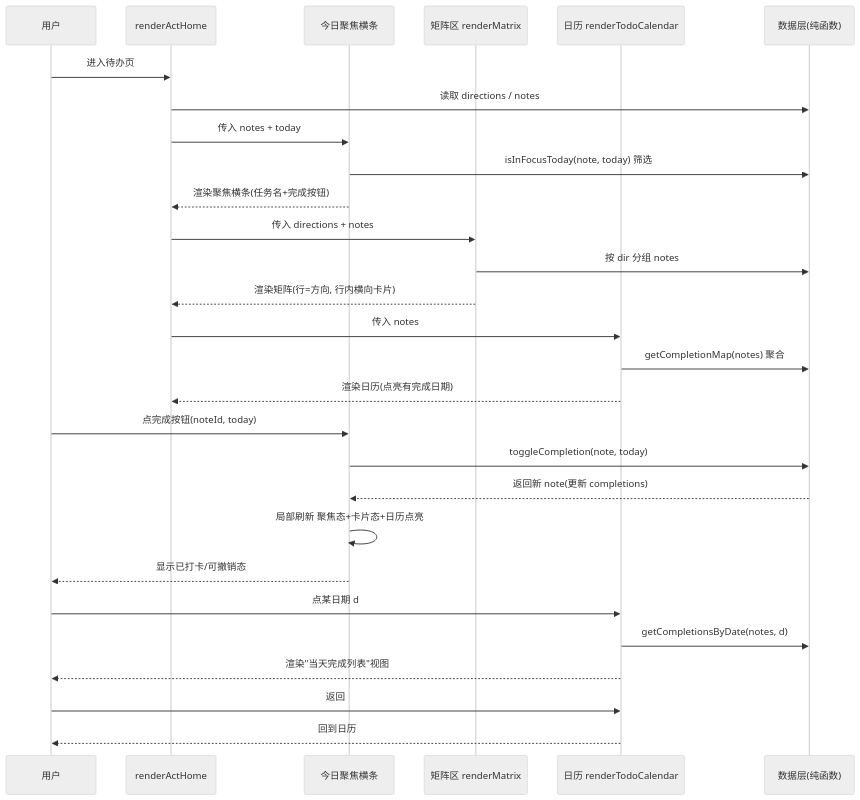
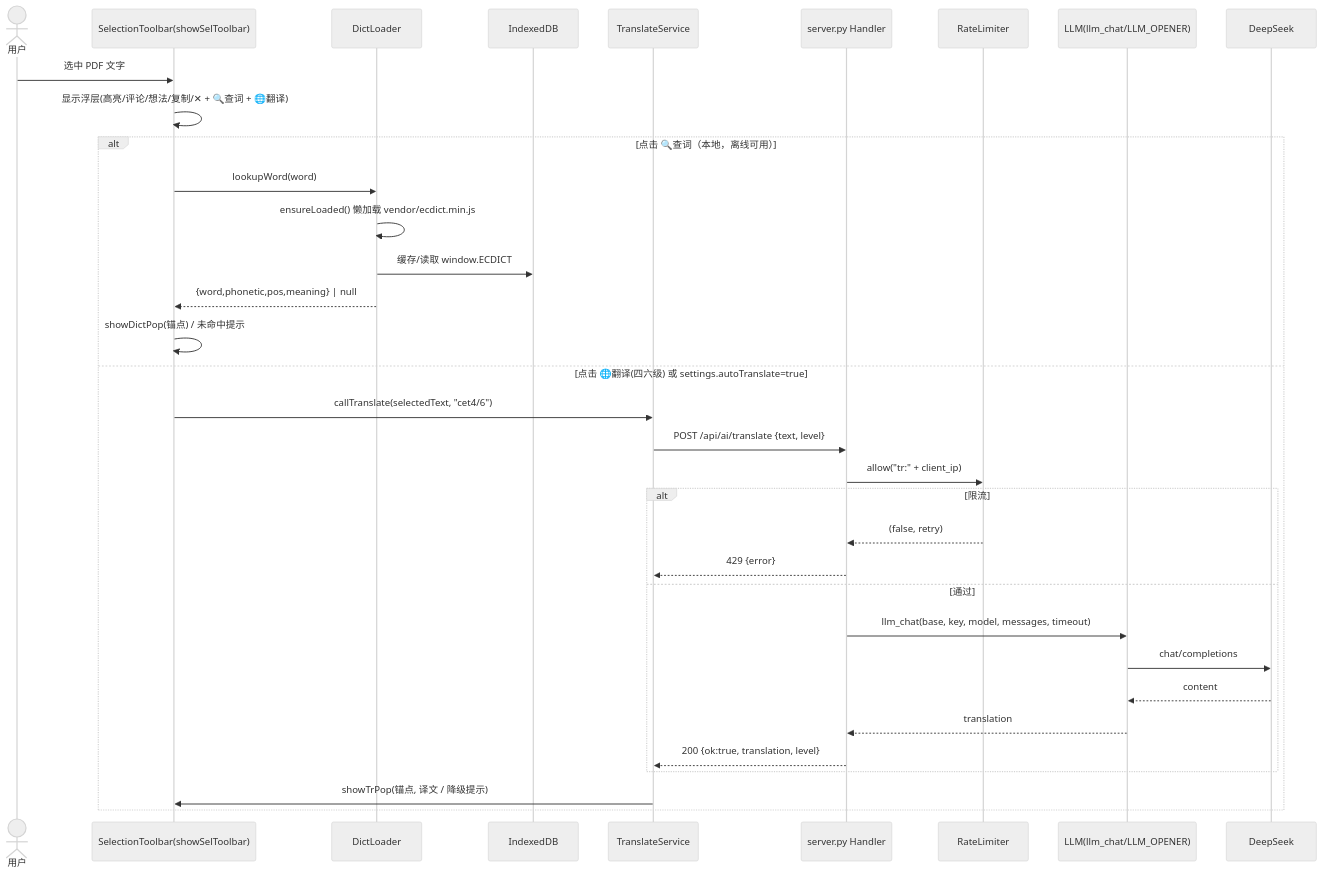
Before and after one commit to minihulu/workbench: the diagram in docs/sequence-diagram.mermaid, drawn with Mermaid (neutral theme). The commit also changed 9 other files, not shown here.

```diff
--- a/docs/sequence-diagram.mermaid
+++ b/docs/sequence-diagram.mermaid
@@ -1,31 +1,35 @@
 sequenceDiagram
-    participant U as 用户
-    participant H as renderActHome
-    participant F as 今日聚焦横条
-    participant M as 矩阵区 renderMatrix
-    participant C as 日历 renderTodoCalendar
-    participant S as 数据层(纯函数)
+    actor U as 用户
+    participant ST as SelectionToolbar(showSelToolbar)
+    participant DL as DictLoader
+    participant IDB as IndexedDB
+    participant TS as TranslateService
+    participant H as server.py Handler
+    participant RL as RateLimiter
+    participant LM as LLM(llm_chat/LLM_OPENER)
+    participant DS as DeepSeek
 
-    U->>H: 进入待办页
-    H->>S: 读取 directions / notes
-    H->>F: 传入 notes + today
-    F->>S: isInFocusToday(note, today) 筛选
-    F-->>H: 渲染聚焦横条(任务名+完成按钮)
-    H->>M: 传入 directions + notes
-    M->>S: 按 dir 分组 notes
-    M-->>H: 渲染矩阵(行=方向, 行内横向卡片)
-    H->>C: 传入 notes
-    C->>S: getCompletionMap(notes) 聚合
-    C-->>H: 渲染日历(点亮有完成日期)
-
-    U->>F: 点完成按钮(noteId, today)
-    F->>S: toggleCompletion(note, today)
-    S-->>F: 返回新 note(更新 completions)
-    F->>F: 局部刷新 聚焦态+卡片态+日历点亮
-    F-->>U: 显示已打卡/可撤销态
-
-    U->>C: 点某日期 d
-    C->>S: getCompletionsByDate(notes, d)
-    C-->>U: 渲染"当天完成列表"视图
-    U->>C: 返回
-    C-->>U: 回到日历
+    U->>ST: 选中 PDF 文字
+    ST->>ST: 显示浮层(高亮/评论/想法/复制/✕ + 🔍查词 + 🌐翻译)
+    alt 点击 🔍查词（本地，离线可用）
+        ST->>DL: lookupWord(word)
+        DL->>DL: ensureLoaded() 懒加载 vendor/ecdict.min.js
+        DL->>IDB: 缓存/读取 window.ECDICT
+        DL-->>ST: {word,phonetic,pos,meaning} | null
+        ST->>ST: showDictPop(锚点) / 未命中提示
+    else 点击 🌐翻译(四六级) 或 settings.autoTranslate=true
+        ST->>TS: callTranslate(selectedText, "cet4/6")
+        TS->>H: POST /api/ai/translate {text, level}
+        H->>RL: allow("tr:" + client_ip)
+        alt 限流
+            RL-->>H: (false, retry)
+            H-->>TS: 429 {error}
+        else 通过
+            H->>LM: llm_chat(base, key, model, messages, timeout)
+            LM->>DS: chat/completions
+            DS-->>LM: content
+            LM-->>H: translation
+            H-->>TS: 200 {ok:true, translation, level}
+        end
+        TS->>ST: showTrPop(锚点, 译文 / 降级提示)
+    end
```
